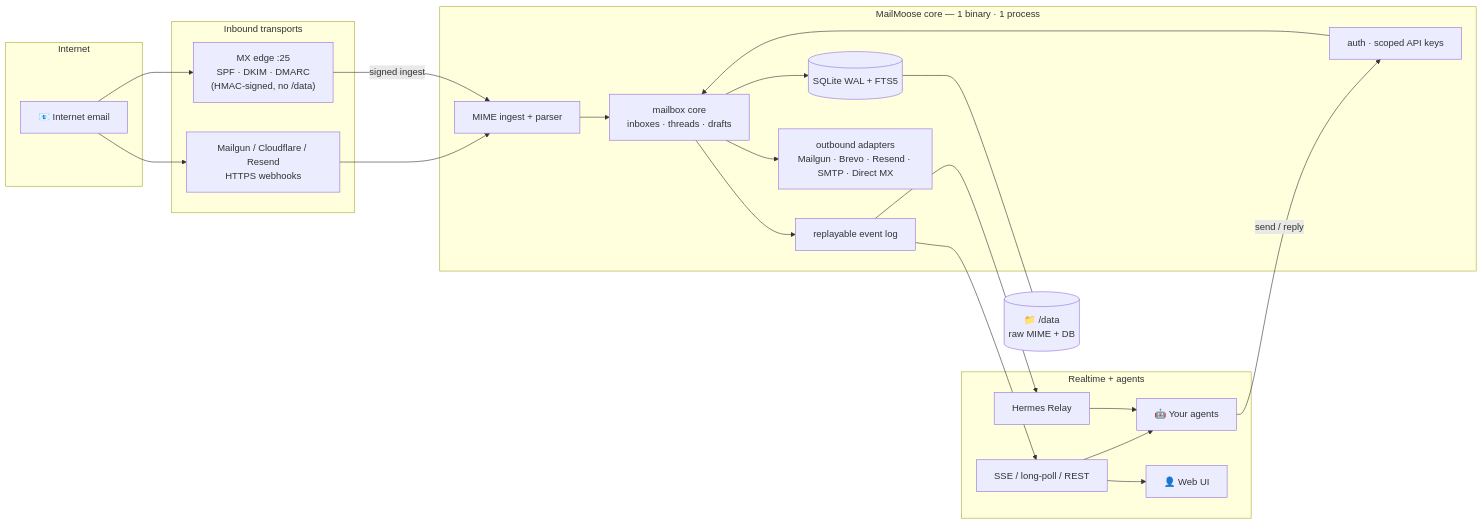
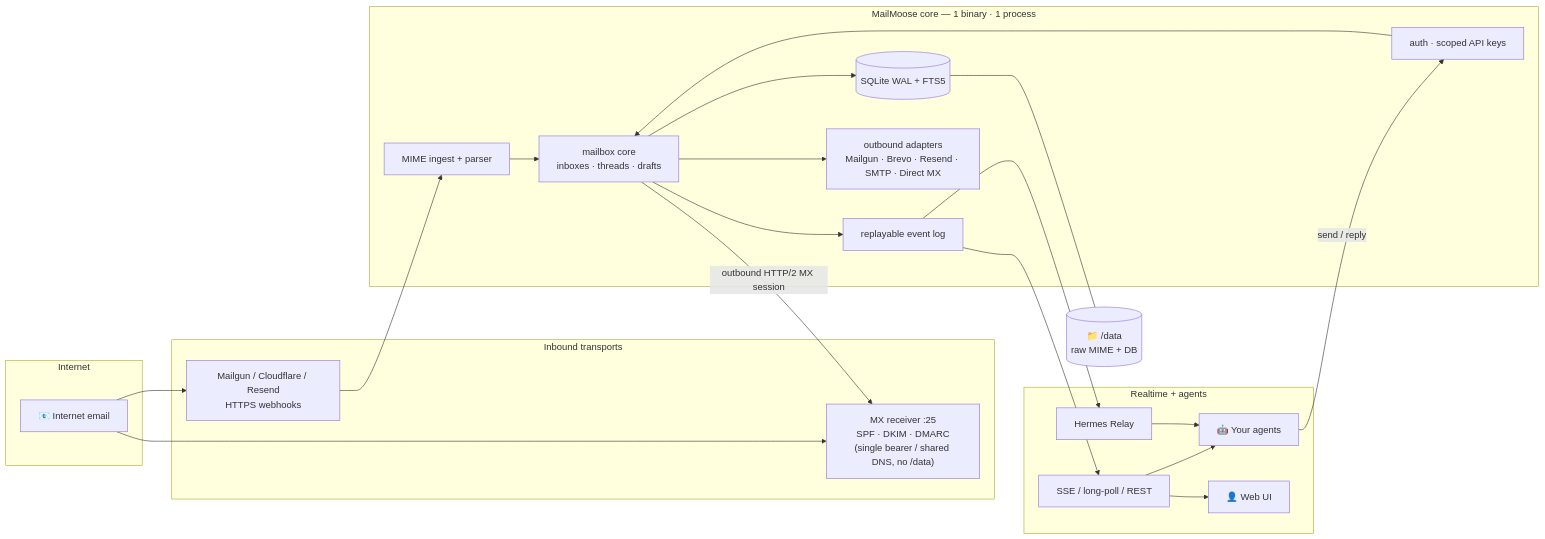
One commit to berenebot-agent/mm-dirty-wip changed the diagram in README.md. Above: the diagram before and after it, drawn with Mermaid. The commit also changed 51 other files, not shown here.

````diff
--- a/README.md
+++ b/README.md
@@ -99,46 +99,46 @@
 ```mermaid
 flowchart LR
     subgraph Internet
         SE["📧 Internet email"]
     end
 
     subgraph Inbound["Inbound transports"]
         WG["Mailgun / Cloudflare / Resend\nHTTPS webhooks"]
-        MX["MX edge :25\nSPF · DKIM · DMARC\n(HMAC-signed, no /data)"]
+        MX["MX receiver :25\nSPF · DKIM · DMARC\n(single bearer / shared DNS, no /data)"]
     end
 
     subgraph Core["MailMoose core — 1 binary · 1 process"]
         ING["MIME ingest + parser"]
         AUTH["auth · scoped API keys"]
         CORE["mailbox core\ninboxes · threads · drafts"]
         DB[("SQLite WAL + FTS5")]
         EV["replayable event log"]
         OUT["outbound adapters\nMailgun · Brevo · Resend · SMTP · Direct MX"]
     end
 
     subgraph Consumers["Realtime + agents"]
         SSE["SSE / long-poll / REST"]
         RELAY["Hermes Relay"]
         AG["🤖 Your agents"]
         UI["👤 Web UI"]
     end
 
     FS[("📁 /data\nraw MIME + DB")]
 
     SE --> WG
     SE --> MX
     WG --> ING
-    MX -- "signed ingest" --> ING
+    CORE -- "outbound HTTP/2 MX session" --> MX
     ING --> CORE
     AUTH --> CORE
     CORE --> DB
     CORE --> EV
     EV --> SSE
     EV --> RELAY
     SSE --> AG
     RELAY --> AG
     SSE --> UI
     AG -- "send / reply" --> AUTH
     CORE --> OUT
     DB --- FS
 ```
````
